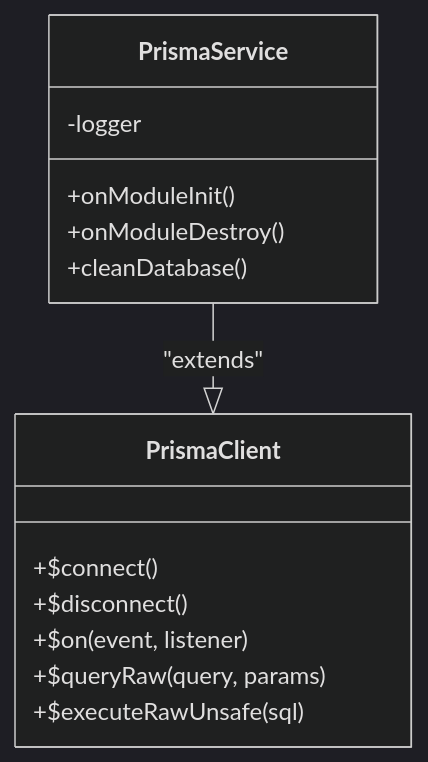
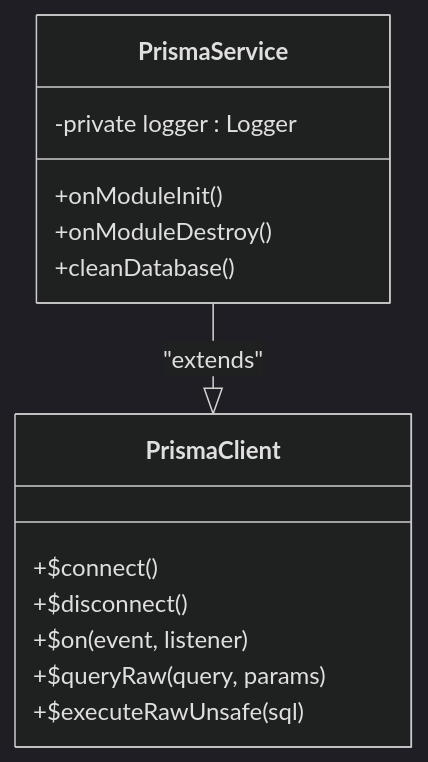
One commit to Avi-Bendetsky/Quiz-to-build changed the third of 7 diagrams in .qoder/repowiki/en/content/Shared Libraries/Database Library.md. Above: the diagram before and after it, drawn with Mermaid (dark theme). The commit also changed other lines of this file and 41 other files, not shown here.

````diff
--- a/.qoder/repowiki/en/content/Shared Libraries/Database Library.md
+++ b/.qoder/repowiki/en/content/Shared Libraries/Database Library.md
@@ -149,17 +190,17 @@
 ```mermaid
 classDiagram
 class PrismaClient {
 +$connect()
 +$disconnect()
 +$on(event, listener)
 +$queryRaw(query, params)
 +$executeRawUnsafe(sql)
 }
 class PrismaService {
--logger
+-private logger : Logger
 +onModuleInit()
 +onModuleDestroy()
 +cleanDatabase()
 }
 PrismaService --|> PrismaClient : "extends"
 ```
````
